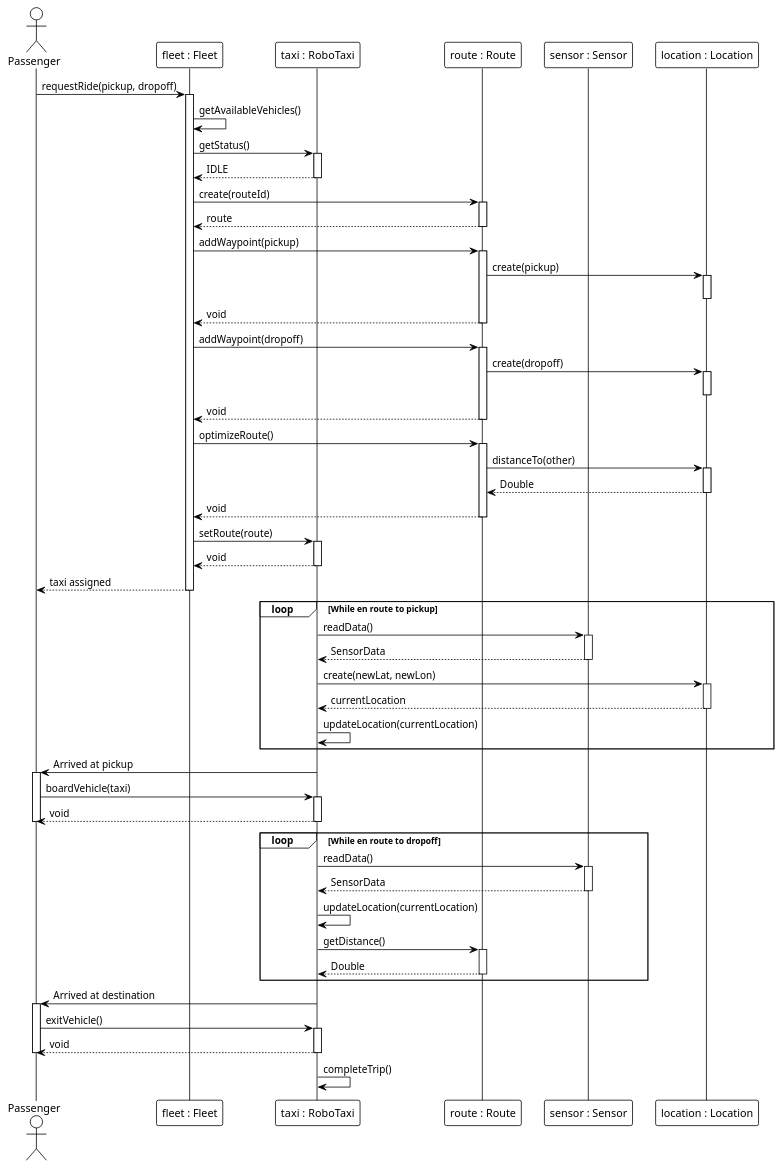
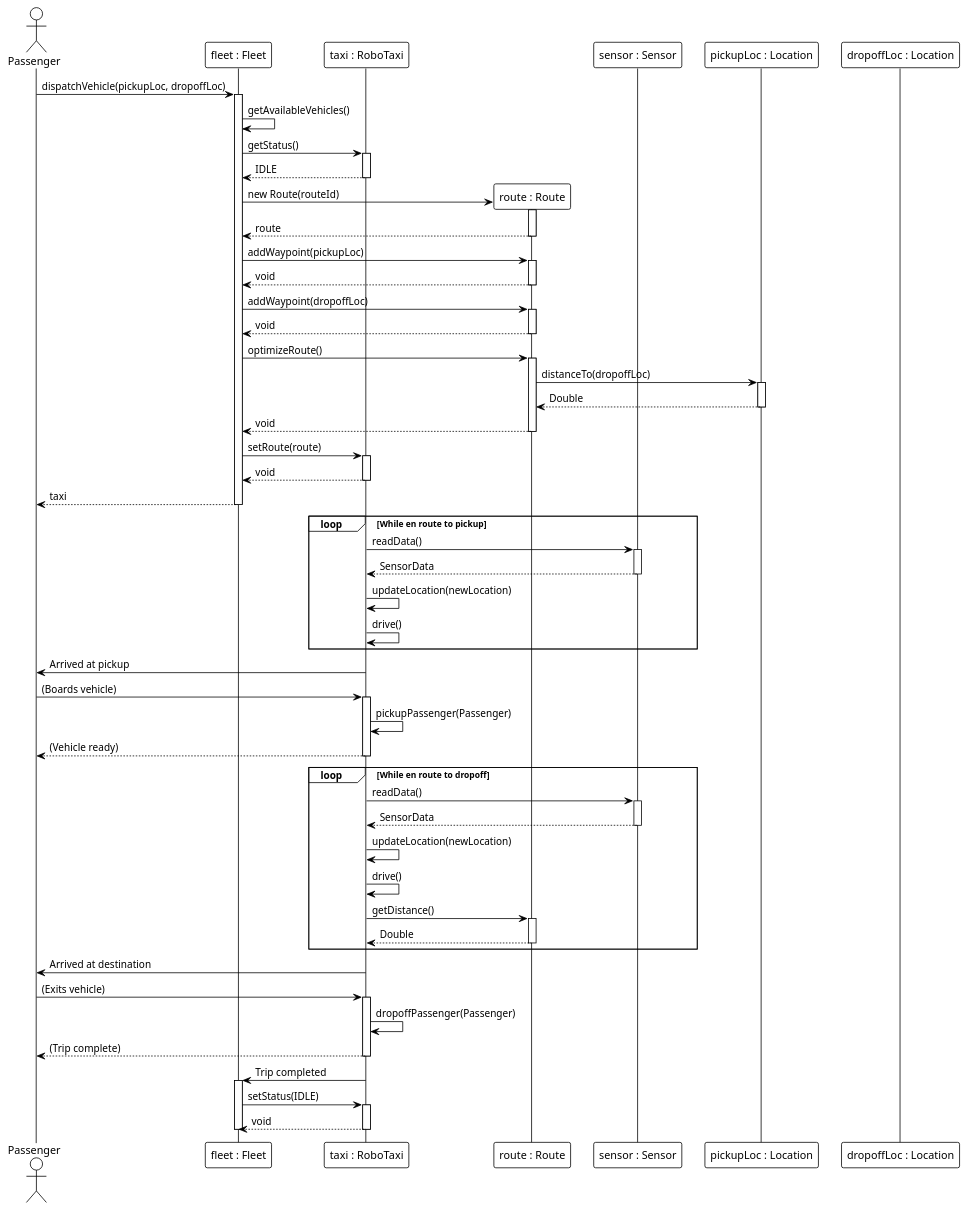
The diagram in week8/diagram/sequence_diagram.plantuml (zstein13/enpm702-fall-2025), drawn with PlantUML before and after one commit. The commit also changed 28 other files, not shown here.

```diff
--- a/week8/diagram/sequence_diagram.plantuml
+++ b/week8/diagram/sequence_diagram.plantuml
@@ -1,111 +1,114 @@
 @startuml
 skinparam monochrome true
 skinparam shadowing false
 !theme mono
 
 actor Passenger
 participant "fleet : Fleet" as Fleet
 participant "taxi : RoboTaxi" as Taxi
 participant "route : Route" as Route
 participant "sensor : Sensor" as Sensor
-participant "location : Location" as Location
+participant "pickupLoc : Location" as PickupLoc
+participant "dropoffLoc : Location" as DropoffLoc
 
-Passenger -> Fleet : requestRide(pickup, dropoff)
+Passenger -> Fleet : dispatchVehicle(pickupLoc, dropoffLoc)
 activate Fleet
 
 Fleet -> Fleet : getAvailableVehicles()
 
 Fleet -> Taxi : getStatus()
 activate Taxi
 Taxi --> Fleet : IDLE
 deactivate Taxi
 
-Fleet -> Route : create(routeId)
+create Route
+Fleet -> Route : new Route(routeId)
 activate Route
 Route --> Fleet : route
 deactivate Route
 
-Fleet -> Route : addWaypoint(pickup)
+Fleet -> Route : addWaypoint(pickupLoc)
 activate Route
-Route -> Location : create(pickup)
-activate Location
-deactivate Location
 Route --> Fleet : void
 deactivate Route
 
-Fleet -> Route : addWaypoint(dropoff)
+Fleet -> Route : addWaypoint(dropoffLoc)
 activate Route
-Route -> Location : create(dropoff)
-activate Location
-deactivate Location
 Route --> Fleet : void
 deactivate Route
 
 Fleet -> Route : optimizeRoute()
 activate Route
-Route -> Location : distanceTo(other)
-activate Location
-Location --> Route : Double
-deactivate Location
+Route -> PickupLoc : distanceTo(dropoffLoc)
+activate PickupLoc
+PickupLoc --> Route : Double
+deactivate PickupLoc
 Route --> Fleet : void
 deactivate Route
 
 Fleet -> Taxi : setRoute(route)
 activate Taxi
 Taxi --> Fleet : void
 deactivate Taxi
 
-Fleet --> Passenger : taxi assigned
+Fleet --> Passenger : taxi
 deactivate Fleet
 
 loop While en route to pickup
     Taxi -> Sensor : readData()
     activate Sensor
     Sensor --> Taxi : SensorData
     deactivate Sensor
     
-    Taxi -> Location : create(newLat, newLon)
-    activate Location
-    Location --> Taxi : currentLocation
-    deactivate Location
+    Taxi -> Taxi : updateLocation(newLocation)
     
-    Taxi -> Taxi : updateLocation(currentLocation)
+    Taxi -> Taxi : drive()
 end
 
 Taxi -> Passenger : Arrived at pickup
-activate Passenger
 
-Passenger -> Taxi : boardVehicle(taxi)
+' --- Boarding sequence updated for consistency ---
+' The Passenger's physical action triggers the Taxi to update its state
+Passenger -> Taxi : (Boards vehicle)
 activate Taxi
-Taxi --> Passenger : void
+' The Taxi calls its own method, as defined in the class diagram
+Taxi -> Taxi : pickupPassenger(Passenger)
+Taxi --> Passenger : (Vehicle ready)
 deactivate Taxi
-
-deactivate Passenger
 
 loop While en route to dropoff
     Taxi -> Sensor : readData()
     activate Sensor
     Sensor --> Taxi : SensorData
     deactivate Sensor
     
-    Taxi -> Taxi : updateLocation(currentLocation)
+    Taxi -> Taxi : updateLocation(newLocation)
+    
+    Taxi -> Taxi : drive()
     
     Taxi -> Route : getDistance()
     activate Route
     Route --> Taxi : Double
     deactivate Route
 end
 
 Taxi -> Passenger : Arrived at destination
-activate Passenger
 
-Passenger -> Taxi : exitVehicle()
+' --- Exiting sequence updated for consistency ---
+' The Passenger's physical action triggers the Taxi to update its state
+Passenger -> Taxi : (Exits vehicle)
 activate Taxi
-Taxi --> Passenger : void
+' The Taxi calls its own method, passing the passenger
+Taxi -> Taxi : dropoffPassenger(Passenger)
+Taxi --> Passenger : (Trip complete)
 deactivate Taxi
 
-deactivate Passenger
-
-Taxi -> Taxi : completeTrip()
+Taxi -> Fleet : Trip completed
+activate Fleet
+Fleet -> Taxi : setStatus(IDLE)
+activate Taxi
+Taxi --> Fleet : void
+deactivate Taxi
+deactivate Fleet
 
 @enduml
```
